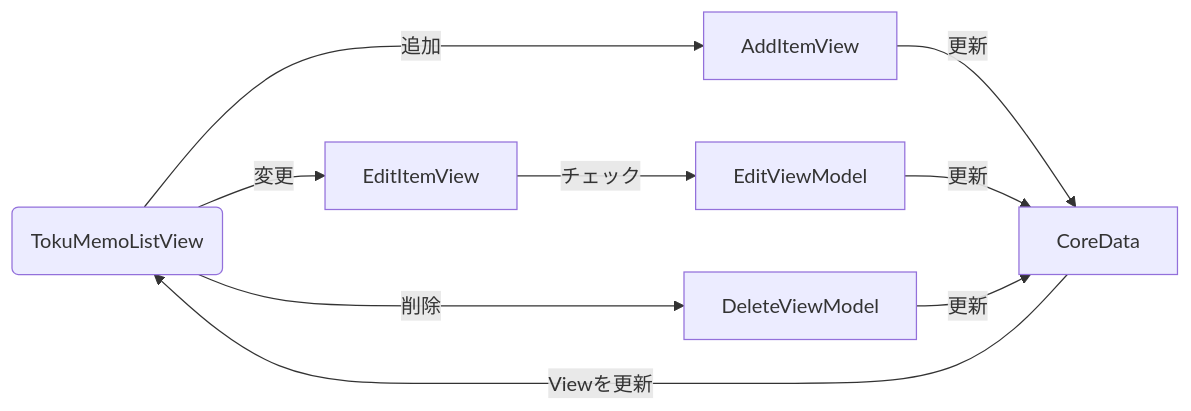
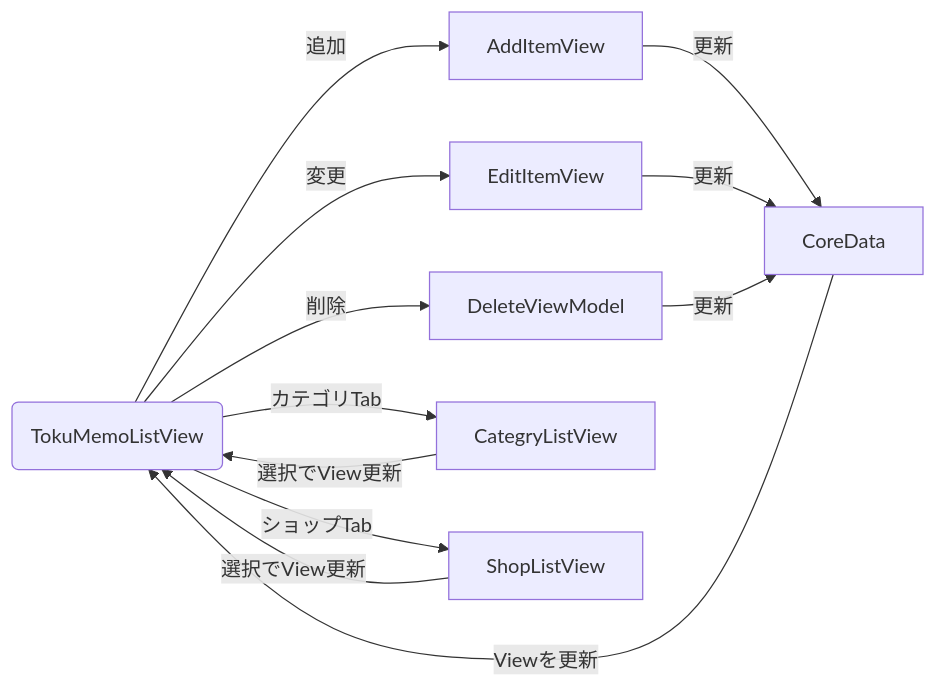
One commit to ymp-a/tokuMemo changed the first of 3 diagrams in README.md. Above: the diagram before and after it, drawn with Mermaid. The commit also changed other lines of this file, not shown here.

````diff
--- a/README.md
+++ b/README.md
@@ -22,7 +34,9 @@
 ```mermaid
 graph LR;
   1(TokuMemoListView)--追加-->AddItemView--更新-->CoreData;
-  1--変更-->EditItemView--チェック-->EditViewModel--更新-->CoreData;
+  1--変更-->EditItemView--更新-->CoreData;
   1--削除-->DeleteViewModel--更新-->CoreData;
+  1--カテゴリTab-->CategryListView--選択でView更新-->1
+  1--ショップTab-->ShopListView--選択でView更新-->1
   CoreData--Viewを更新-->1
 ```
````
